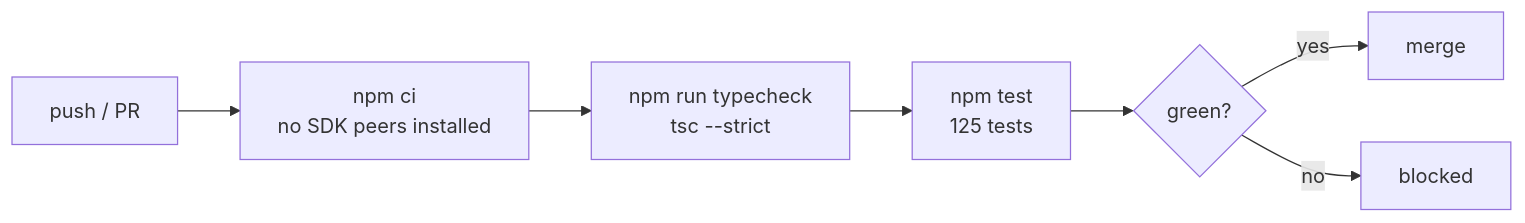
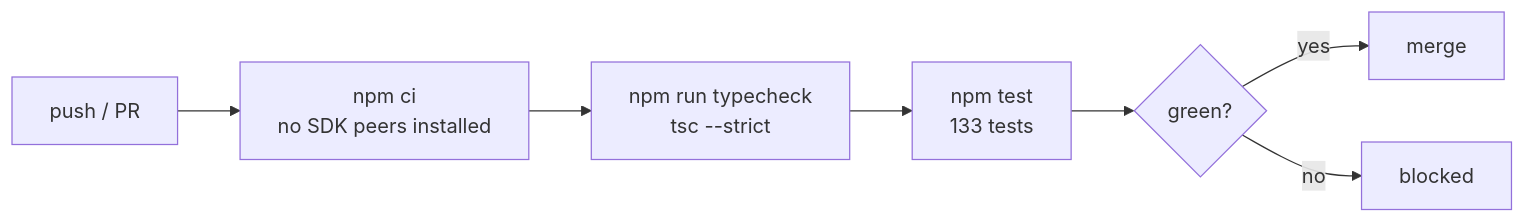
The fourth of 4 diagrams in README.md (Nitish-1303/cookbook-canary), drawn with Mermaid before and after one commit. The commit also changed other lines of this file, not shown here.

````diff
--- a/README.md
+++ b/README.md
@@ -783,9 +783,9 @@
 ```mermaid
 flowchart LR
   A["push / PR"] --> B["npm ci<br/>no SDK peers installed"]
   B --> C["npm run typecheck<br/>tsc --strict"]
-  C --> D["npm test<br/>125 tests"]
+  C --> D["npm test<br/>133 tests"]
   D --> E{"green?"}
   E -->|yes| F["merge"]
   E -->|no| G["blocked"]
 ```
````
